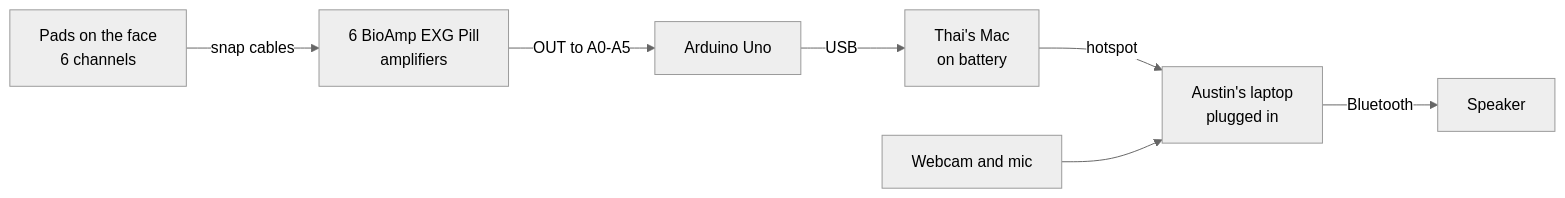
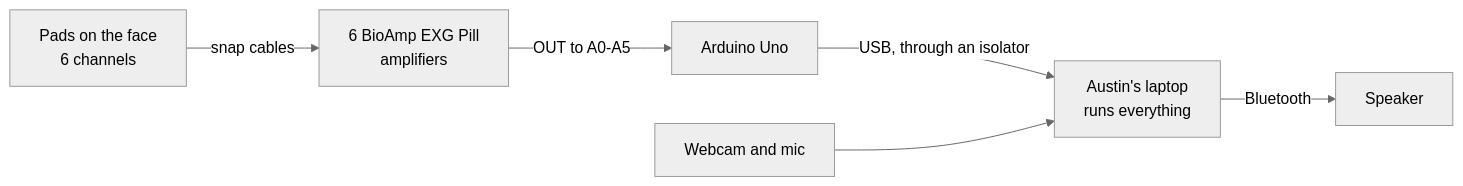
One commit to thaimtl/Reclaim changed the diagram in HARDWARE.md. Above: the diagram before and after it, drawn with Mermaid (neutral theme). The commit also changed other lines of this file and 19 other files, not shown here.

````diff
--- a/HARDWARE.md
+++ b/HARDWARE.md
@@ -5,9 +5,8 @@
 ```mermaid
 flowchart LR
     P[Pads on the face<br/>6 channels] -->|snap cables| A[6 BioAmp EXG Pill<br/>amplifiers]
     A -->|OUT to A0-A5| U[Arduino Uno]
-    U -->|USB| M[Thai's Mac<br/>on battery]
-    M -->|hotspot| L[Austin's laptop<br/>plugged in]
+    U -->|USB, through an isolator| L[Austin's laptop<br/>runs everything]
     W[Webcam and mic] --> L
     L -->|Bluetooth| S[Speaker]
 ```
````
